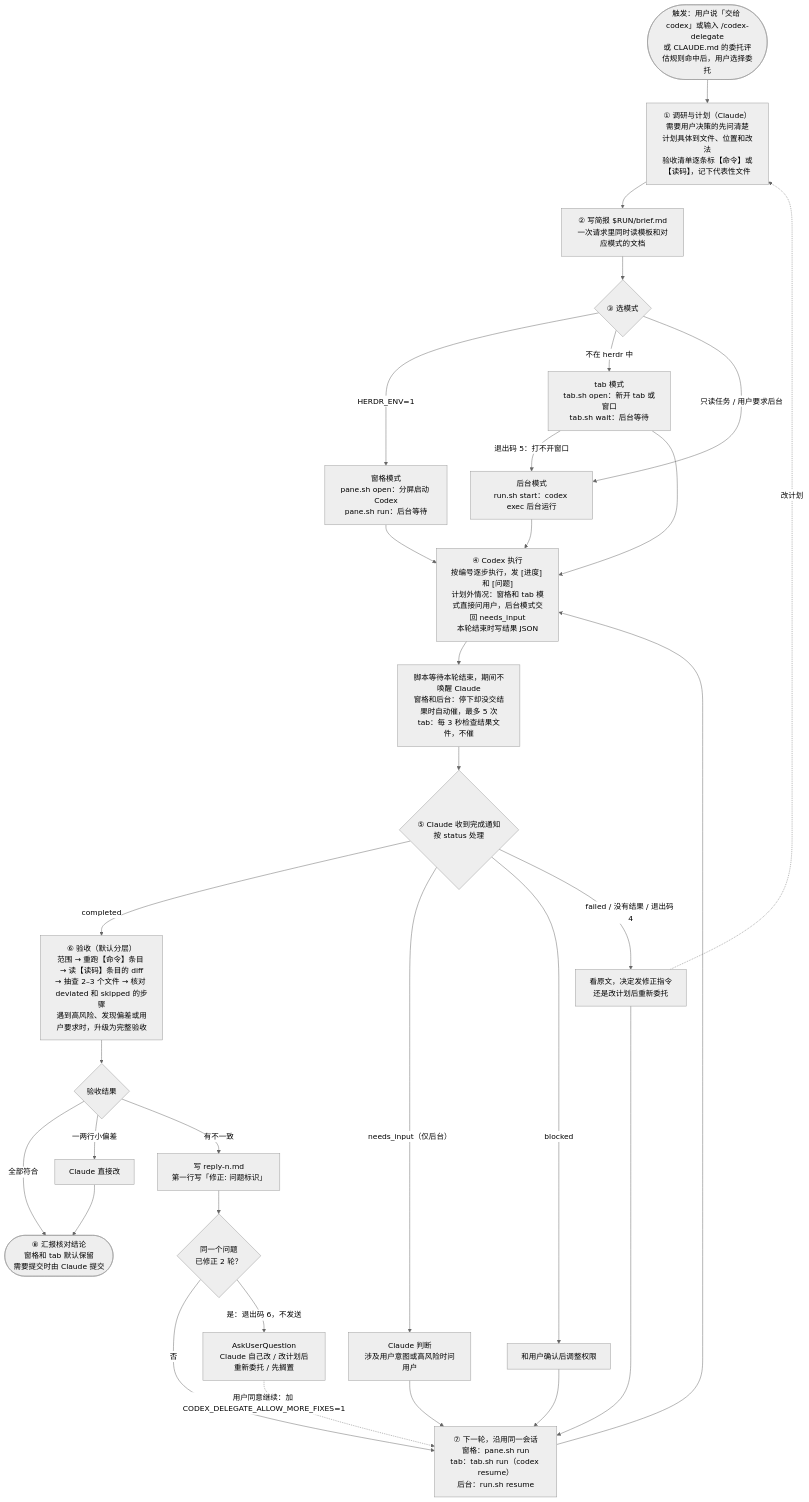
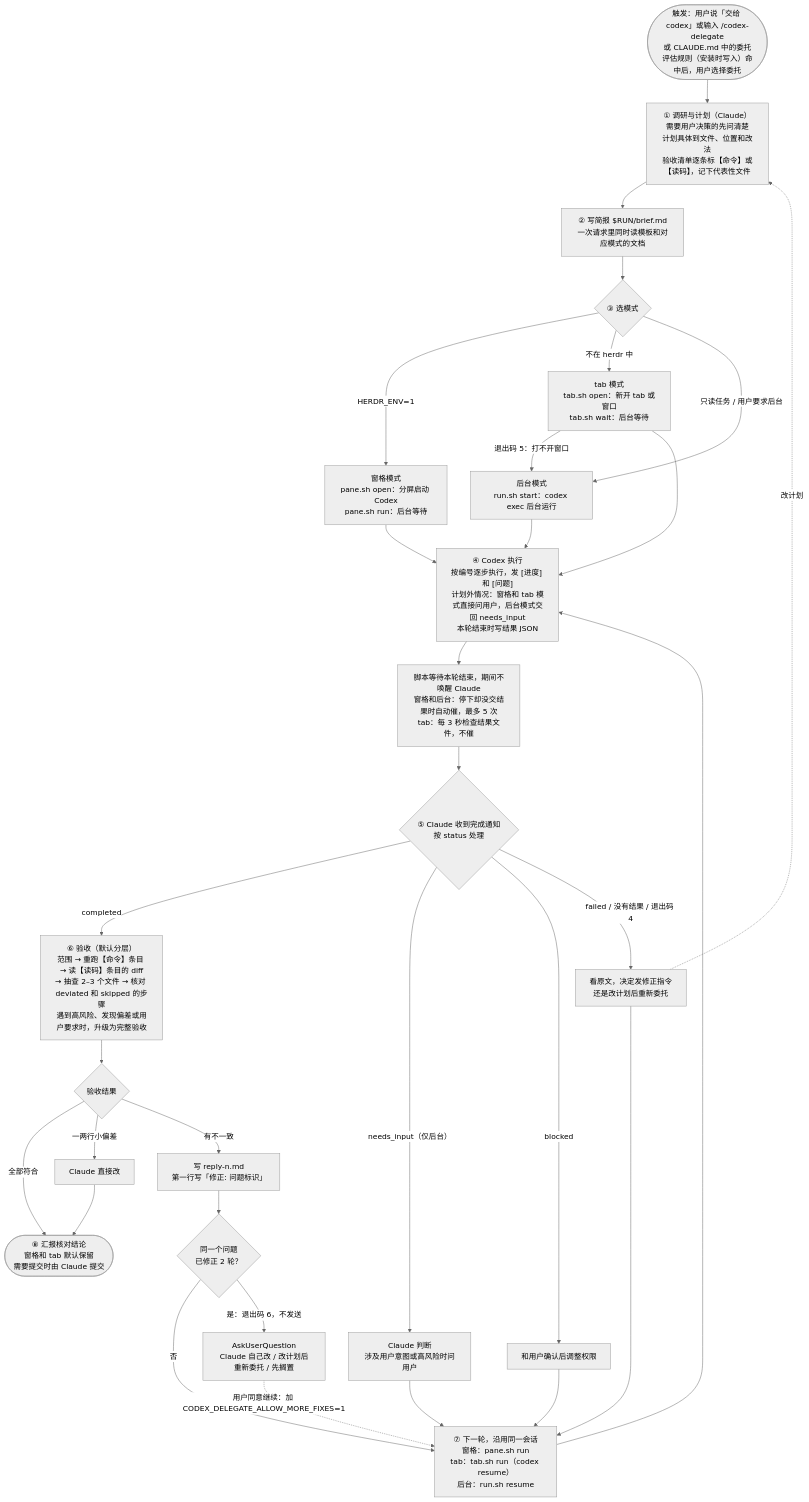
Before and after one commit to ChaterV/claude-skill: the diagram in README.md, drawn with Mermaid (neutral theme). The commit also changed other lines of this file and 4 other files, not shown here.

````diff
--- a/README.md
+++ b/README.md
@@ -20,35 +41,35 @@
 ```mermaid
 flowchart TD
-    T(["触发：用户说「交给 codex」或输入 /codex-delegate<br/>或 CLAUDE.md 的委托评估规则命中后，用户选择委托"])
+    T(["触发：用户说「交给 codex」或输入 /codex-delegate<br/>或 CLAUDE.md 中的委托评估规则（安装时写入）命中后，用户选择委托"])
     T --> P["① 调研与计划（Claude）<br/>需要用户决策的先问清楚<br/>计划具体到文件、位置和改法<br/>验收清单逐条标【命令】或【读码】，记下代表性文件"]
     P --> B["② 写简报 $RUN/brief.md<br/>一次请求里同时读模板和对应模式的文档"]
     B --> M{"③ 选模式"}
     M -->|"HERDR_ENV=1"| PO["窗格模式<br/>pane.sh open：分屏启动 Codex<br/>pane.sh run：后台等待"]
     M -->|"不在 herdr 中"| TO["tab 模式<br/>tab.sh open：新开 tab 或窗口<br/>tab.sh wait：后台等待"]
     M -->|"只读任务 / 用户要求后台"| BG["后台模式<br/>run.sh start：codex exec 后台运行"]
     TO -->|"退出码 5：打不开窗口"| BG
     PO --> E
     TO --> E
     BG --> E
     E["④ Codex 执行<br/>按编号逐步执行，发 [进度] 和 [问题]<br/>计划外情况：窗格和 tab 模式直接问用户，后台模式交回 needs_input<br/>本轮结束时写结果 JSON"]
     E --> W["脚本等待本轮结束，期间不唤醒 Claude<br/>窗格和后台：停下却没交结果时自动催，最多 5 次<br/>tab：每 3 秒检查结果文件，不催"]
     W --> S{"⑤ Claude 收到完成通知<br/>按 status 处理"}
     S -->|"completed"| A["⑥ 验收（默认分层）<br/>范围 → 重跑【命令】条目 → 读【读码】条目的 diff<br/>→ 抽查 2–3 个文件 → 核对 deviated 和 skipped 的步骤<br/>遇到高风险、发现偏差或用户要求时，升级为完整验收"]
     S -->|"needs_input（仅后台）"| ND["Claude 判断<br/>涉及用户意图或高风险时问用户"]
     S -->|"blocked"| BL["和用户确认后调整权限"]
     S -->|"failed / 没有结果 / 退出码 4"| FL["看原文，决定发修正指令<br/>还是改计划后重新委托"]
     ND --> R
     BL --> R
     FL --> R
     FL -.->|"改计划"| P
     A --> AR{"验收结果"}
     AR -->|"全部符合"| F
     AR -->|"一两行小偏差"| CF["Claude 直接改"] --> F
     AR -->|"有不一致"| FX["写 reply-n.md<br/>第一行写「修正: 问题标识」"]
     FX --> CNT{"同一个问题<br/>已修正 2 轮？"}
     CNT -->|"否"| R
     CNT -->|"是：退出码 6，不发送"| ASK["AskUserQuestion<br/>Claude 自己改 / 改计划后重新委托 / 先搁置"]
     ASK -.->|"用户同意继续：加 CODEX_DELEGATE_ALLOW_MORE_FIXES=1"| R
     R["⑦ 下一轮，沿用同一会话<br/>窗格：pane.sh run<br/>tab：tab.sh run（codex resume）<br/>后台：run.sh resume"] --> E
     F(["⑧ 汇报核对结论<br/>窗格和 tab 默认保留<br/>需要提交时由 Claude 提交"])
 ```
````
